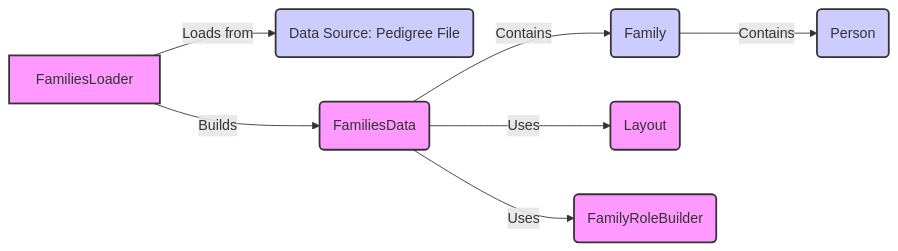
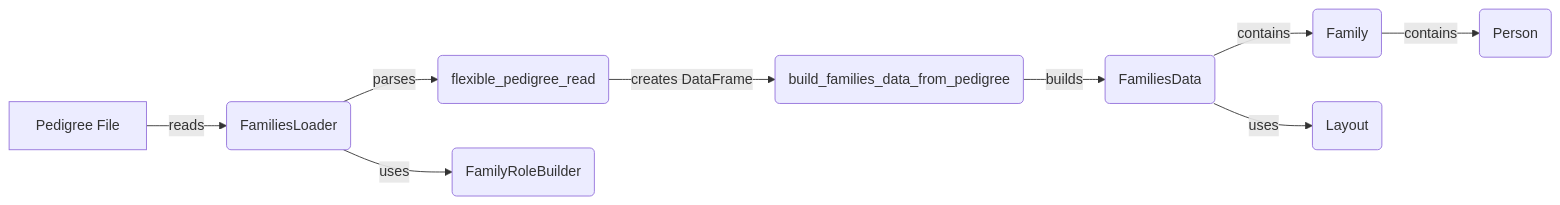
Before and after one commit to CodeBoarding/GeneratedOnBoardings: the diagram in gpf/Pedigree Management.md, drawn with Mermaid. The commit also changed other lines of this file and 6 other files, not shown here.

````diff
--- a/gpf/Pedigree Management.md
+++ b/gpf/Pedigree Management.md
@@ -7,19 +5,15 @@
 ```mermaid
 graph LR
-    A[FamiliesLoader] -- Loads from --> B(Data Source: Pedigree File) 
-    A -- Builds --> C(FamiliesData) 
-    C -- Contains --> D(Family) 
-    D -- Contains --> E(Person) 
-    C -- Uses --> F(Layout) 
-    C -- Uses --> G(FamilyRoleBuilder)
+    A[Pedigree File] -- reads --> B(FamiliesLoader)
+    B -- parses --> C(flexible_pedigree_read)
+    C -- creates DataFrame --> D(build_families_data_from_pedigree)
+    D -- builds --> E(FamiliesData)
+    E -- contains --> F(Family)
+    F -- contains --> G(Person)
+    B -- uses --> H(FamilyRoleBuilder)
+    E -- uses --> I(Layout)
 
-    style A fill:#f9f,stroke:#333,stroke-width:2px
-    style B fill:#ccf,stroke:#333,stroke-width:2px
-    style C fill:#f9f,stroke:#333,stroke-width:2px
-    style D fill:#ccf,stroke:#333,stroke-width:2px
-    style E fill:#ccf,stroke:#333,stroke-width:2px
-    style F fill:#f9f,stroke:#333,stroke-width:2px
-    style G fill:#f9f,stroke:#333,stroke-width:2px
+
 
 
 ```
````
